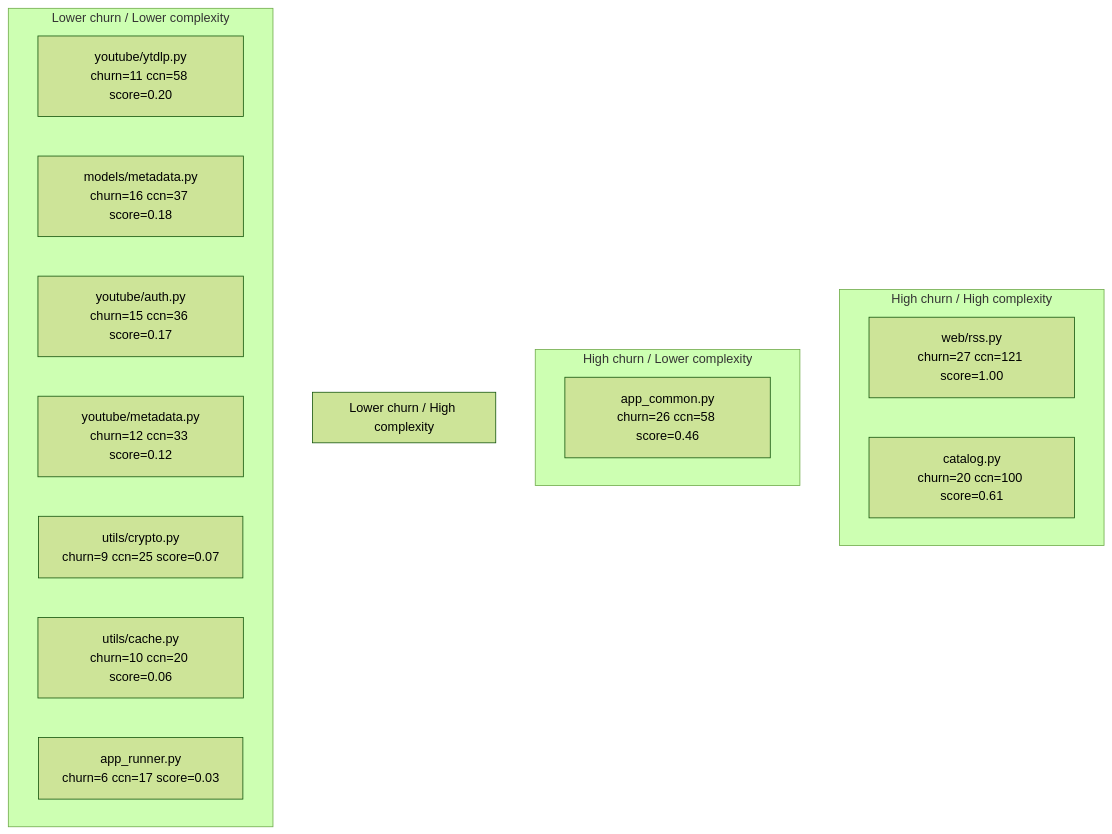
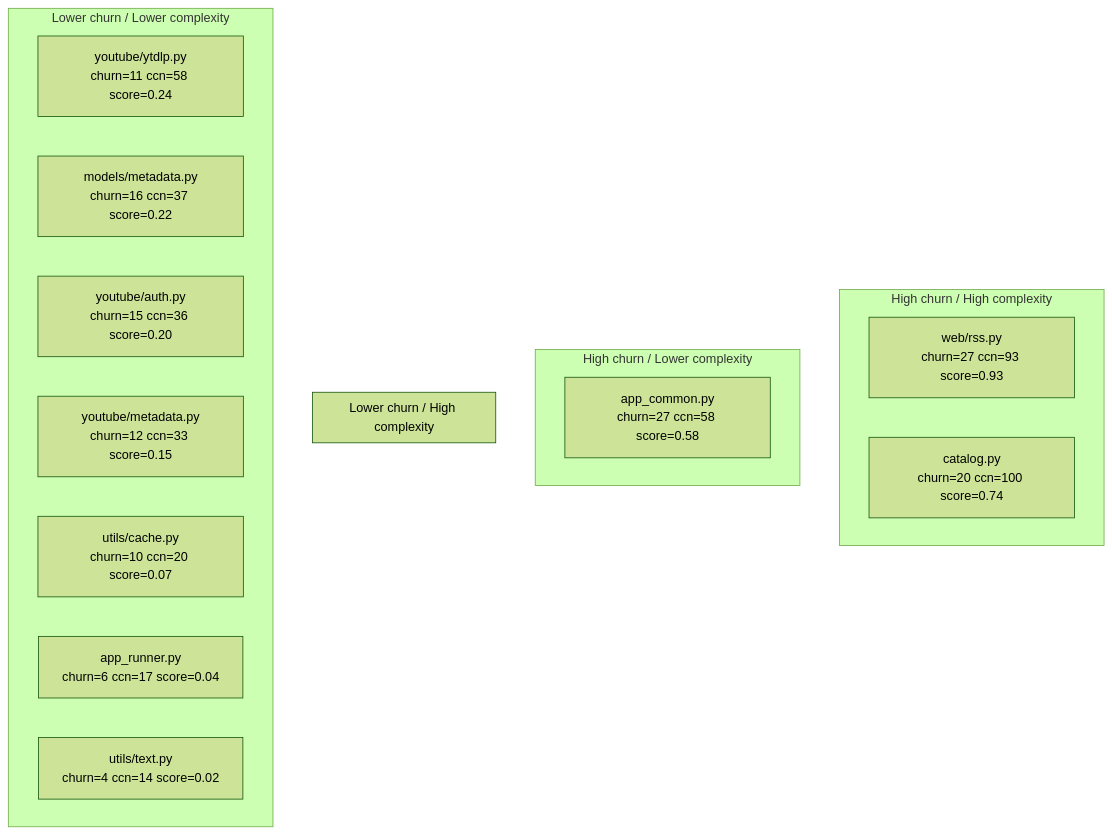
One commit to BinaryBand/adrift changed the second of 2 diagrams in docs/PLAYBOOK.md. Above: the diagram before and after it, drawn with Mermaid (forest theme). The commit also changed other lines of this file and 16 other files, not shown here.

````diff
--- a/docs/PLAYBOOK.md
+++ b/docs/PLAYBOOK.md
@@ -116,21 +110,21 @@
 ```mermaid
 graph TD
     subgraph sg_hh["High churn / High complexity"]
-        src_web_rss_py["web/rss.py\nchurn=27 ccn=121 score=1.00"]
-        src_catalog_py["catalog.py\nchurn=20 ccn=100 score=0.61"]
+        src_web_rss_py["web/rss.py\nchurn=27 ccn=93 score=0.93"]
+        src_catalog_py["catalog.py\nchurn=20 ccn=100 score=0.74"]
     end
     subgraph sg_hl["High churn / Lower complexity"]
-        src_app_common_py["app_common.py\nchurn=26 ccn=58 score=0.46"]
+        src_app_common_py["app_common.py\nchurn=27 ccn=58 score=0.58"]
     end
     subgraph sg_lh["Lower churn / High complexity"]
     end
     subgraph sg_ll["Lower churn / Lower complexity"]
-        src_youtube_ytdlp_py["youtube/ytdlp.py\nchurn=11 ccn=58 score=0.20"]
-        src_models_metadata_py["models/metadata.py\nchurn=16 ccn=37 score=0.18"]
-        src_youtube_auth_py["youtube/auth.py\nchurn=15 ccn=36 score=0.17"]
-        src_youtube_metadata_py["youtube/metadata.py\nchurn=12 ccn=33 score=0.12"]
-        src_utils_crypto_py["utils/crypto.py\nchurn=9 ccn=25 score=0.07"]
-        src_utils_cache_py["utils/cache.py\nchurn=10 ccn=20 score=0.06"]
-        src_app_runner_py["app_runner.py\nchurn=6 ccn=17 score=0.03"]
+        src_youtube_ytdlp_py["youtube/ytdlp.py\nchurn=11 ccn=58 score=0.24"]
+        src_models_metadata_py["models/metadata.py\nchurn=16 ccn=37 score=0.22"]
+        src_youtube_auth_py["youtube/auth.py\nchurn=15 ccn=36 score=0.20"]
+        src_youtube_metadata_py["youtube/metadata.py\nchurn=12 ccn=33 score=0.15"]
+        src_utils_cache_py["utils/cache.py\nchurn=10 ccn=20 score=0.07"]
+        src_app_runner_py["app_runner.py\nchurn=6 ccn=17 score=0.04"]
+        src_utils_text_py["utils/text.py\nchurn=4 ccn=14 score=0.02"]
     end
 ```
````
